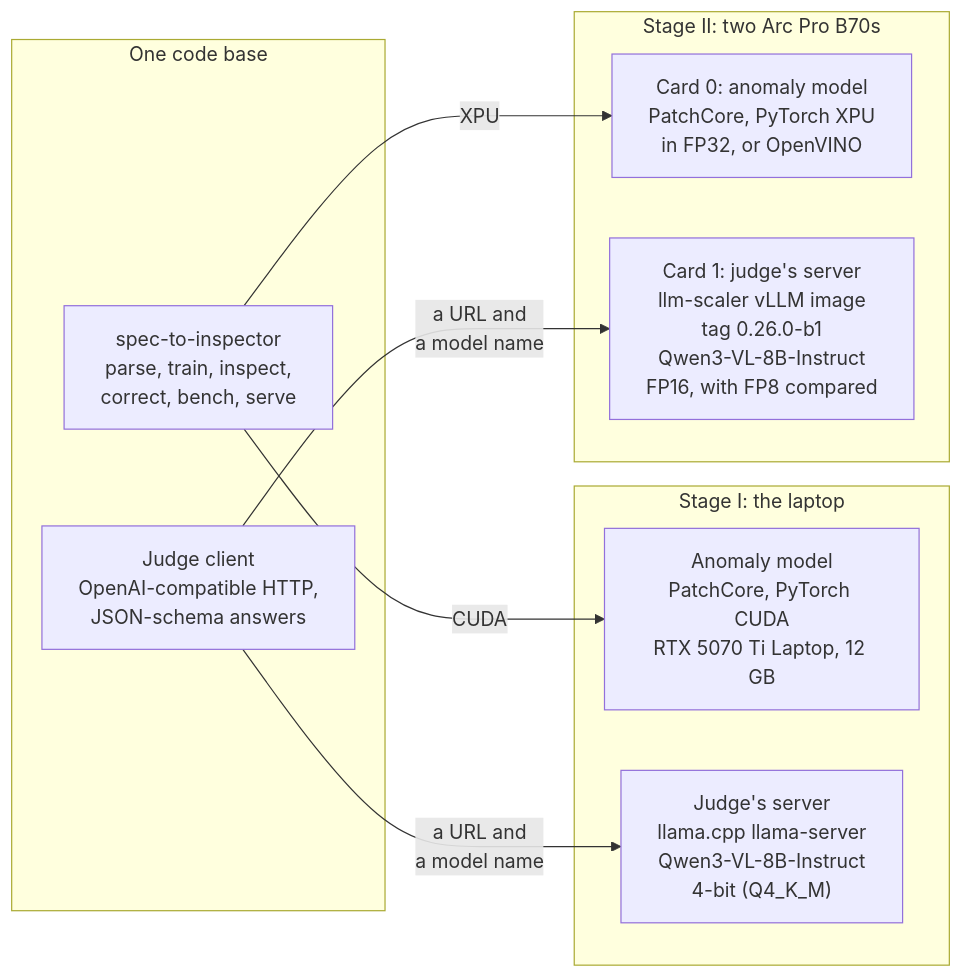
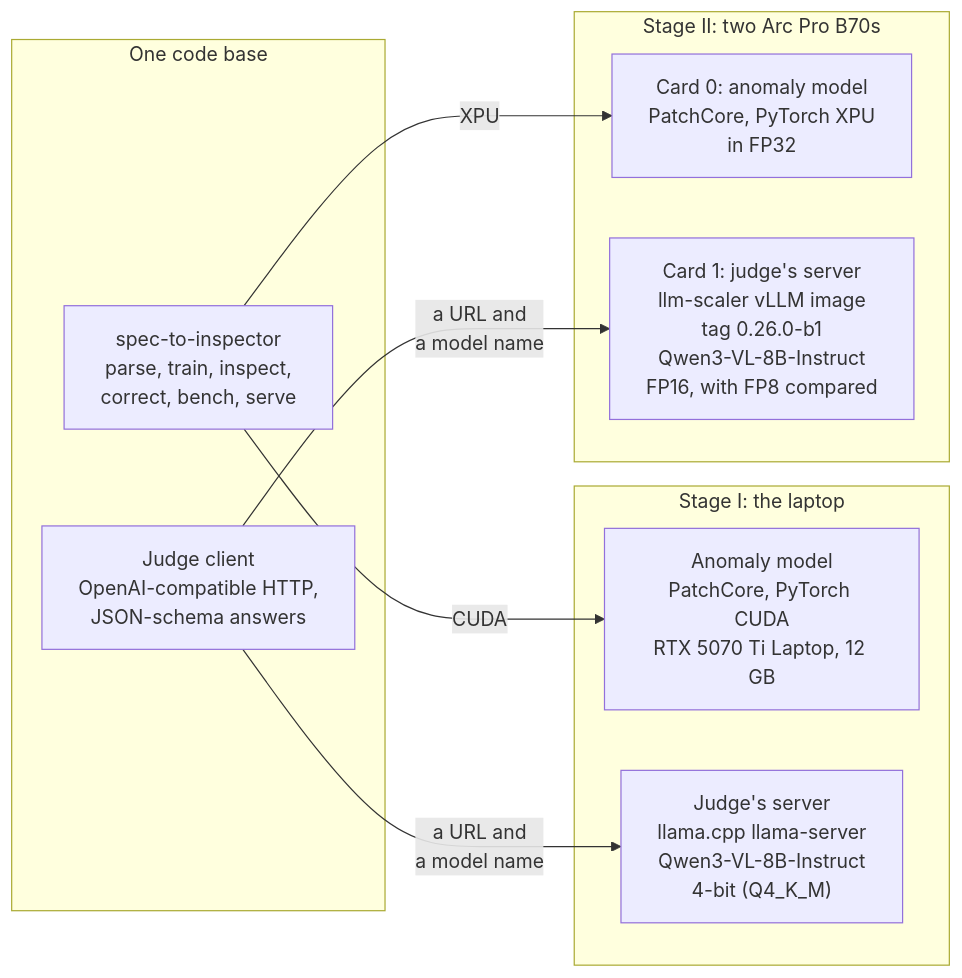
The second of 2 diagrams in README.md (BrianIsaac/spec-to-inspector), drawn with Mermaid before and after one commit. The commit also changed other lines of this file and 1 other file, not shown here.

Commit message:
docs(readme,architecture): the machine's columns for the anomaly model, and what has run

````diff
--- a/README.md
+++ b/README.md
@@ -305,22 +305,22 @@
 ```mermaid
 flowchart LR
     subgraph code["One code base"]
         CLI["spec-to-inspector<br/>parse, train, inspect,<br/>correct, bench, serve"]
         CLIENT["Judge client<br/>OpenAI-compatible HTTP,<br/>JSON-schema answers"]
     end
 
     subgraph laptop["Stage I: the laptop"]
         A1["Anomaly model<br/>PatchCore, PyTorch CUDA<br/>RTX 5070 Ti Laptop, 12 GB"]
         V1["Judge's server<br/>llama.cpp llama-server<br/>Qwen3-VL-8B-Instruct<br/>4-bit (Q4_K_M)"]
     end
 
     subgraph b70["Stage II: two Arc Pro B70s"]
-        A2["Card 0: anomaly model<br/>PatchCore, PyTorch XPU<br/>in FP32, or OpenVINO"]
+        A2["Card 0: anomaly model<br/>PatchCore, PyTorch XPU<br/>in FP32"]
         V2["Card 1: judge's server<br/>llm-scaler vLLM image<br/>tag 0.26.0-b1<br/>Qwen3-VL-8B-Instruct<br/>FP16, with FP8 compared"]
     end
 
     CLI -->|"XPU"| A2
     CLIENT -->|"a URL and<br/>a model name"| V2
     CLI -->|"CUDA"| A1
     CLIENT -->|"a URL and<br/>a model name"| V1
 ```
````
